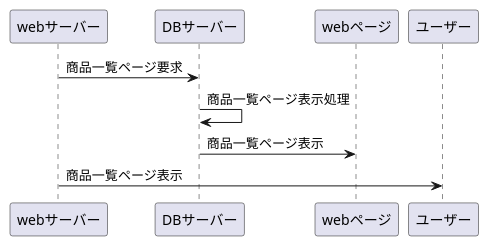
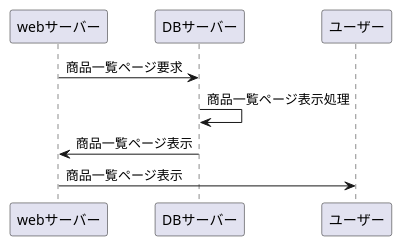
One commit to Aso2001406/2021sys-design changed the diagram in gyoumuflow2.md. Above: the diagram before and after it, drawn with PlantUML.

````diff
--- a/gyoumuflow2.md
+++ b/gyoumuflow2.md
@@ -1,8 +1,8 @@
 ```uml
 @startuml
 webサーバー -> DBサーバー : 商品一覧ページ要求
 DBサーバー -> DBサーバー : 商品一覧ページ表示処理
-DBサーバー -> webページ : 商品一覧ページ表示
+DBサーバー -> webサーバー : 商品一覧ページ表示
 webサーバー -> ユーザー : 商品一覧ページ表示
 @enduml
 ```
````
